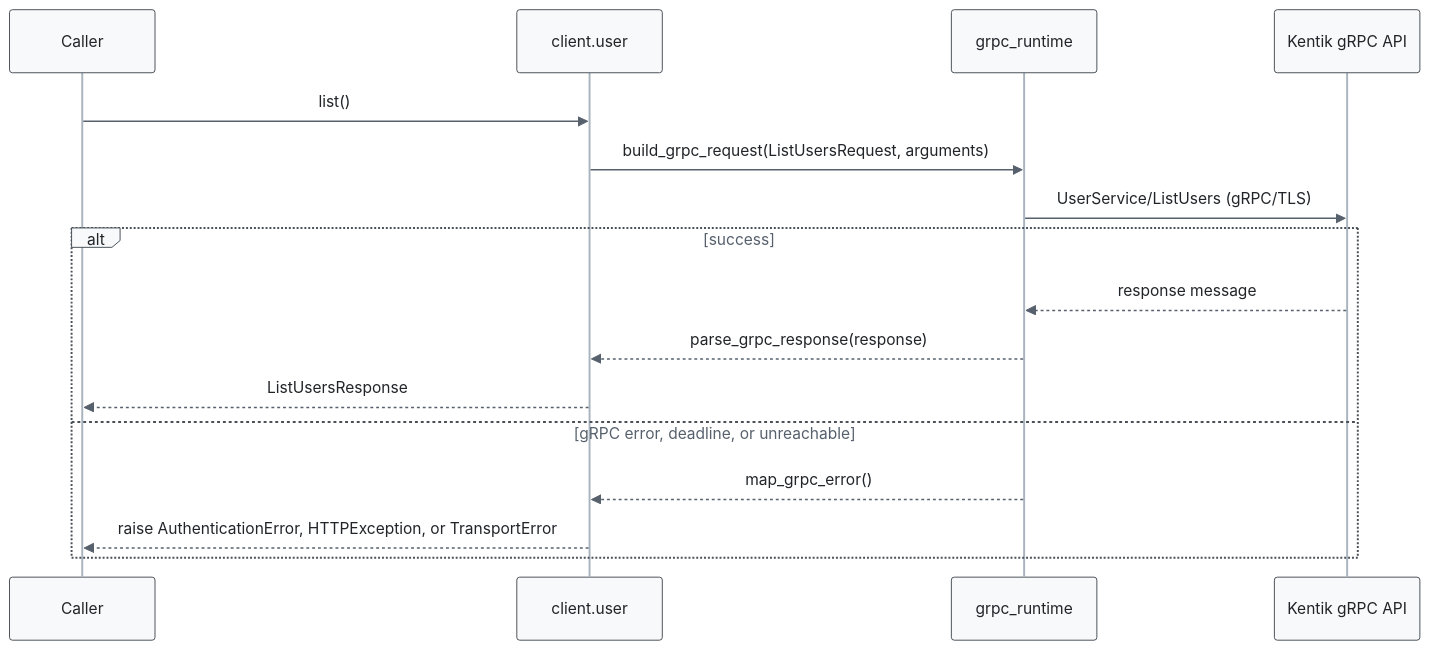
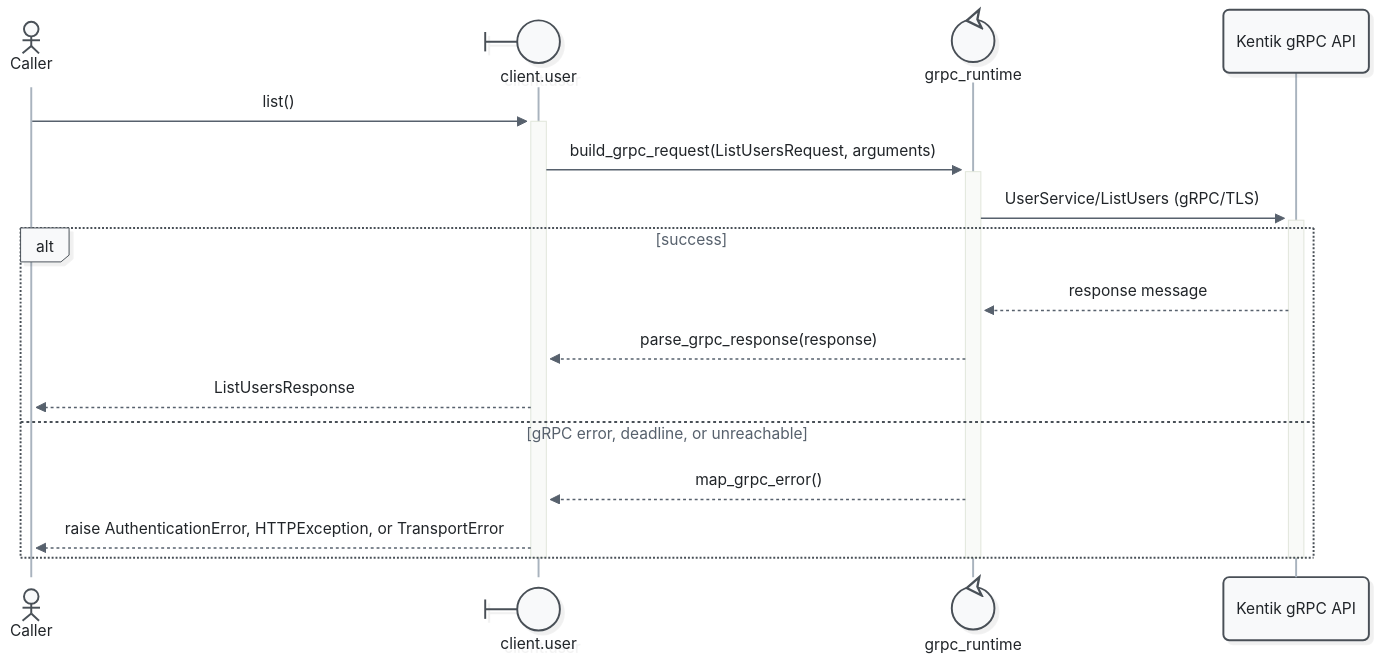
Before and after one commit to alexdearaujo/community_sdk_python: the second of 15 diagrams in docs/sphinx/services/user.md, drawn with Mermaid. The commit also changed other lines of this file and 52 other files, not shown here.

First line of the commit message:
docs: Mermaid 12 sequence diagrams with participant types and path colors

````diff
--- a/docs/sphinx/services/user.md
+++ b/docs/sphinx/services/user.md
@@ -55,20 +57,23 @@
 ```mermaid
-%%{init: {"theme": "base", "fontFamily": "ui-monospace, SFMono-Regular, Menlo, monospace", "themeVariables": {"fontFamily": "ui-monospace, SFMono-Regular, Menlo, monospace", "primaryColor": "#f8f9fa", "primaryBorderColor": "#495057", "primaryTextColor": "#212529", "textColor": "#212529", "lineColor": "#77818c", "edgeLabelBackground": "#ffffff", "actorBkg": "#f8f9fa", "actorBorder": "#495057", "actorTextColor": "#212529", "actorLineColor": "#a9b3be", "signalColor": "#57616d", "signalTextColor": "#212529", "labelBoxBkgColor": "#f8f9fa", "labelBoxBorderColor": "#495057", "labelTextColor": "#212529", "loopTextColor": "#57616d", "noteBkgColor": "#fff9db", "noteBorderColor": "#f08c00", "noteTextColor": "#a35a00"}, "flowchart": {"curve": "step", "nodeSpacing": 30, "rankSpacing": 70, "wrappingWidth": 400}}}%%
+%%{init: {"theme": "redux", "look": "neo", "layout": "dagre", "fontFamily": "ui-monospace, SFMono-Regular, Menlo, monospace", "themeVariables": {"fontFamily": "ui-monospace, SFMono-Regular, Menlo, monospace", "primaryColor": "#f8f9fa", "primaryBorderColor": "#495057", "primaryTextColor": "#212529", "textColor": "#212529", "lineColor": "#77818c", "edgeLabelBackground": "#ffffff", "actorBkg": "#f8f9fa", "actorBorder": "#495057", "actorTextColor": "#212529", "actorLineColor": "#a9b3be", "signalColor": "#57616d", "signalTextColor": "#212529", "labelBoxBkgColor": "#f8f9fa", "labelBoxBorderColor": "#495057", "labelTextColor": "#212529", "loopTextColor": "#57616d", "noteBkgColor": "#fff9db", "noteBorderColor": "#f08c00", "noteTextColor": "#a35a00"}, "sequence": {"activationWidth": 16}, "flowchart": {"curve": "step", "nodeSpacing": 30, "rankSpacing": 70, "wrappingWidth": 400}}}%%
 sequenceDiagram
-    participant C as Caller
-    participant W as client.user
-    participant R as grpc_runtime
+    actor C as Caller
+    participant W@{ "type": "boundary" } as client.user
+    participant R@{ "type": "control" } as grpc_runtime
     participant API as Kentik gRPC API
 
-    C->>W: list()
-    W->>R: build_grpc_request(ListUsersRequest, arguments)
-    R->>API: UserService/ListUsers (gRPC/TLS)
+    C->>+W: list()
+    W->>+R: build_grpc_request(ListUsersRequest, arguments)
+    R->>+API: UserService/ListUsers (gRPC/TLS)
     alt success
         API-->>R: response message
         R-->>W: parse_grpc_response(response)
         W-->>C: ListUsersResponse
     else gRPC error, deadline, or unreachable
         R-->>W: map_grpc_error()
         W-->>C: raise AuthenticationError, HTTPException, or TransportError
     end
+    deactivate API
+    deactivate R
+    deactivate W
 ```
````
